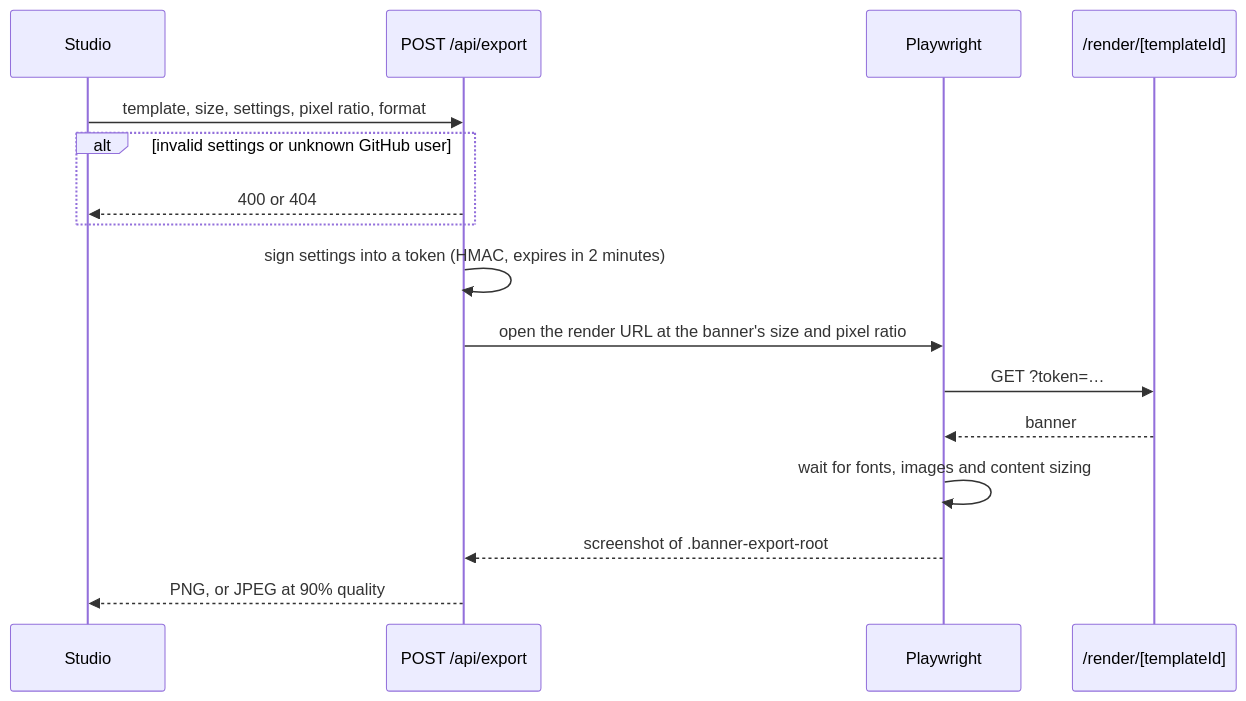
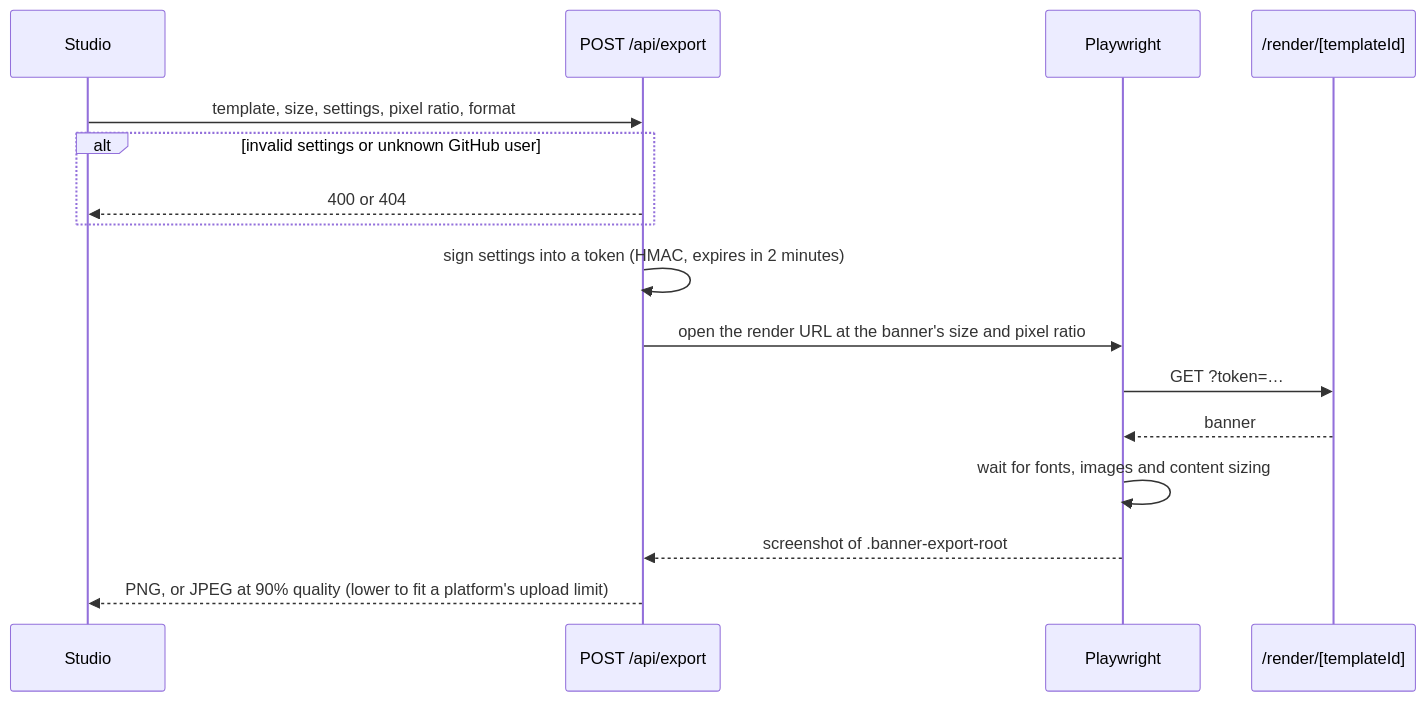
Before and after one commit to marhjoh/omnivix: the second of 2 diagrams in docs/architecture.md, drawn with Mermaid. The commit also changed other lines of this file and 146 other files, not shown here.

Commit message:
feat: rate limit the GitHub API routes and add a daily export quota (#212)

````diff
--- a/docs/architecture.md
+++ b/docs/architecture.md
@@ -26,19 +26,19 @@
 ```mermaid
 sequenceDiagram
   participant Studio
   participant API as POST /api/export
   participant Browser as Playwright
   participant Render as /render/[templateId]
 
   Studio->>API: template, size, settings, pixel ratio, format
   alt invalid settings or unknown GitHub user
     API-->>Studio: 400 or 404
   end
   API->>API: sign settings into a token (HMAC, expires in 2 minutes)
   API->>Browser: open the render URL at the banner's size and pixel ratio
   Browser->>Render: GET ?token=…
   Render-->>Browser: banner
   Browser->>Browser: wait for fonts, images and content sizing
   Browser-->>API: screenshot of .banner-export-root
-  API-->>Studio: PNG, or JPEG at 90% quality
+  API-->>Studio: PNG, or JPEG at 90% quality (lower to fit a platform's upload limit)
 ```
````
